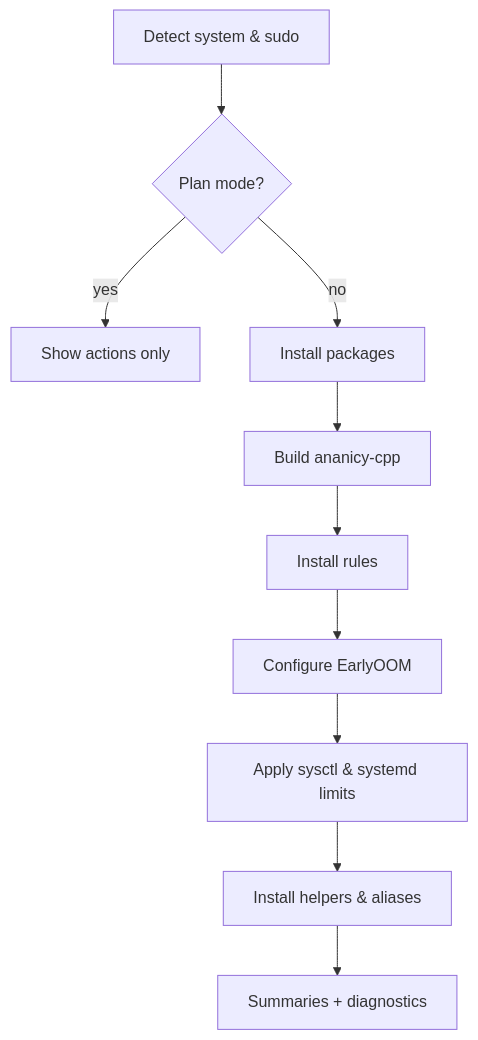
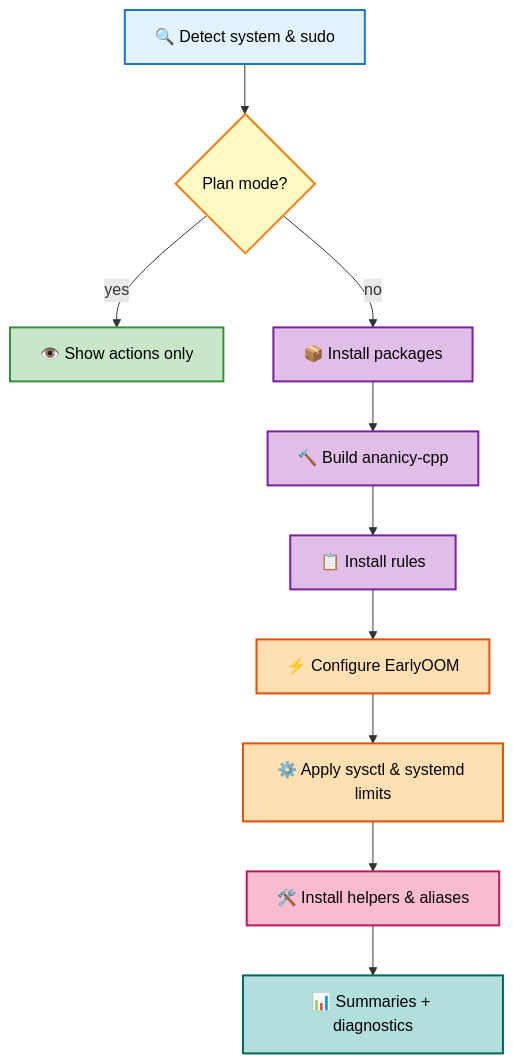
Before and after one commit to joyshmitz/system_resource_protection_script: the first of 2 diagrams in README.md, drawn with Mermaid.

Commit message:
Enhance flowchart aesthetics in README.md with color coding for improved visual clarity

````diff
--- a/README.md
+++ b/README.md
@@ -29,17 +29,31 @@
 ```mermaid
 flowchart TB
-    A["Detect system & sudo"]
-    B{"Plan mode?"}
-    C["Show actions only"]
-    D["Install packages"]
-    E["Build ananicy-cpp"]
-    F["Install rules"]
-    G["Configure EarlyOOM"]
-    H["Apply sysctl & systemd limits"]
-    I["Install helpers & aliases"]
-    J["Summaries + diagnostics"]
+    A["🔍 Detect system & sudo"]:::pastelBlue
+    B{"Plan mode?"}:::pastelYellow
+    C["👁️ Show actions only"]:::pastelGreen
+    D["📦 Install packages"]:::pastelPurple
+    E["🔨 Build ananicy-cpp"]:::pastelPurple
+    F["📋 Install rules"]:::pastelPurple
+    G["⚡ Configure EarlyOOM"]:::pastelOrange
+    H["⚙️ Apply sysctl & systemd limits"]:::pastelOrange
+    I["🛠️ Install helpers & aliases"]:::pastelPink
+    J["📊 Summaries + diagnostics"]:::pastelTeal
 
     A --> B
     B -->|yes| C
-    B -->|no| D --> E --> F --> G --> H --> I --> J
+    B -->|no| D
+    D --> E
+    E --> F
+    F --> G
+    G --> H
+    H --> I
+    I --> J
+
+    classDef pastelBlue fill:#E3F2FD,stroke:#1976D2,stroke-width:2px,color:#000
+    classDef pastelYellow fill:#FFF9C4,stroke:#F57F17,stroke-width:2px,color:#000
+    classDef pastelGreen fill:#C8E6C9,stroke:#388E3C,stroke-width:2px,color:#000
+    classDef pastelPurple fill:#E1BEE7,stroke:#7B1FA2,stroke-width:2px,color:#000
+    classDef pastelOrange fill:#FFE0B2,stroke:#E65100,stroke-width:2px,color:#000
+    classDef pastelPink fill:#F8BBD0,stroke:#C2185B,stroke-width:2px,color:#000
+    classDef pastelTeal fill:#B2DFDB,stroke:#00695C,stroke-width:2px,color:#000
 ```
````
